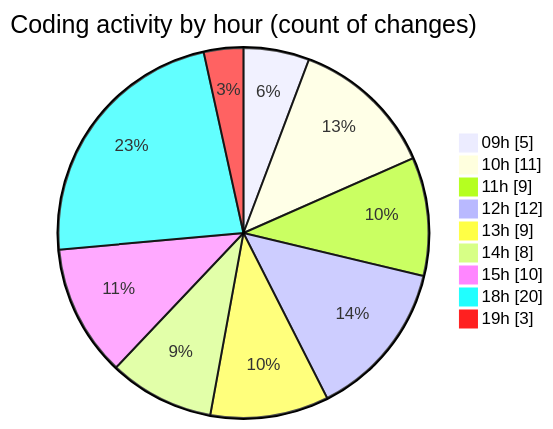
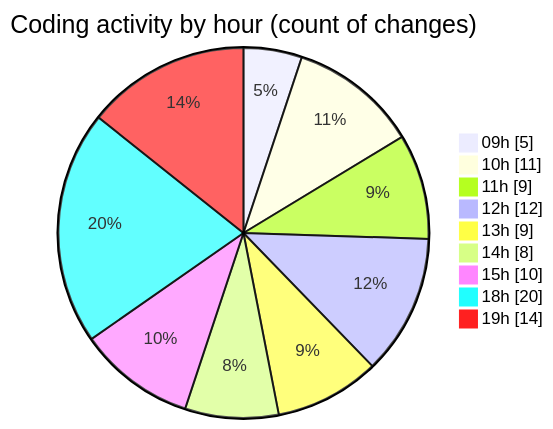
One commit to momahboobian/code-tracking changed the second of 2 diagrams in 2025-03-11/cda/README.md. Above: the diagram before and after it, drawn with Mermaid. The commit also changed other lines of this file and 1 other file, not shown here.

````diff
--- a/2025-03-11/cda/README.md
+++ b/2025-03-11/cda/README.md
@@ -46,13 +49,13 @@
 ```mermaid
 pie showData
 title Coding activity by hour (count of changes)
 "09h" : 5
 "10h" : 11
 "11h" : 9
 "12h" : 12
 "13h" : 9
 "14h" : 8
 "15h" : 10
 "18h" : 20
-"19h" : 3
+"19h" : 14
 ```
````
